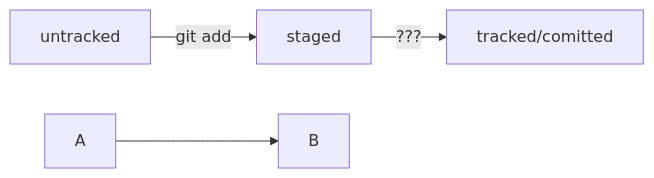
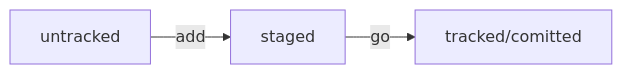
One commit to kapa2-020/first-project changed the diagram in README.md. Above: the diagram before and after it, drawn with Mermaid.

````diff
--- a/README.md
+++ b/README.md
@@ -174,9 +174,7 @@
 ```mermaid
 graph LR;
-  untracked -- "git add" --> staged;
-  staged    -- "???"     --> tracked/comitted;
+  untracked -- "add" --> staged;
+  staged    -- "go"     --> tracked/comitted;
 
 
-%% стрелка без текста для примера: 
-  A --> B;
 ``` 
````
